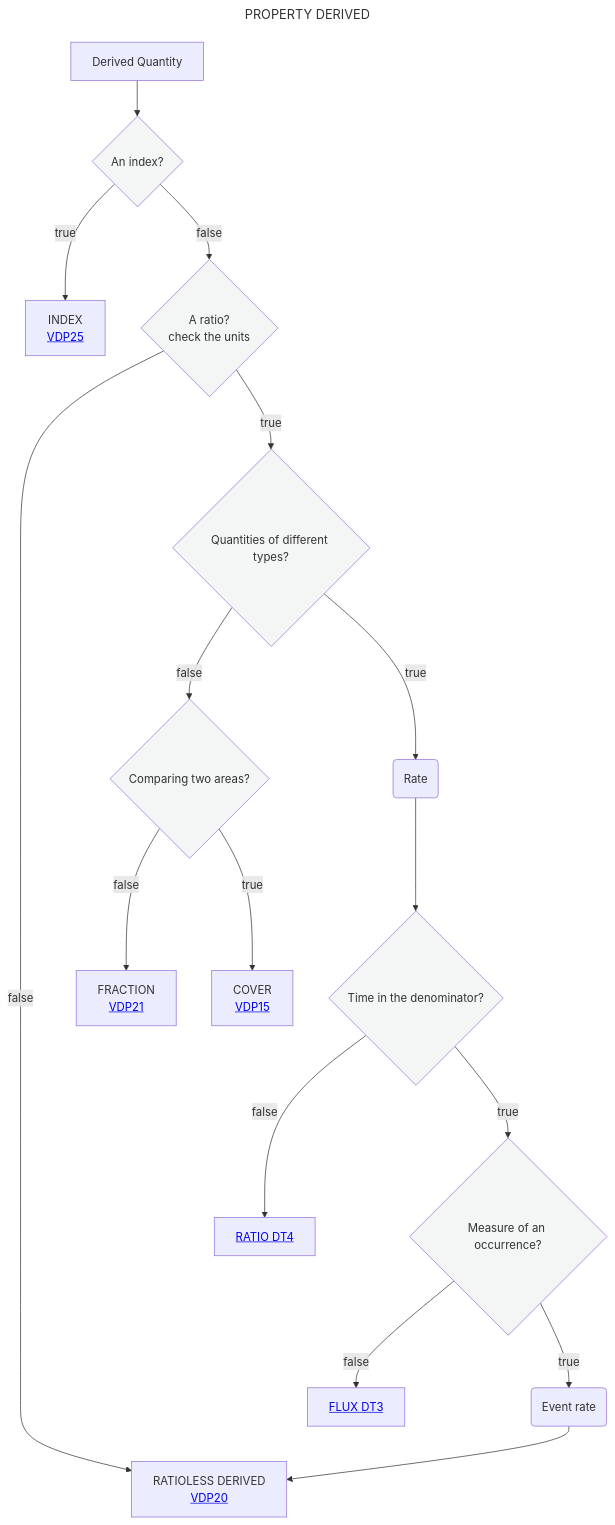
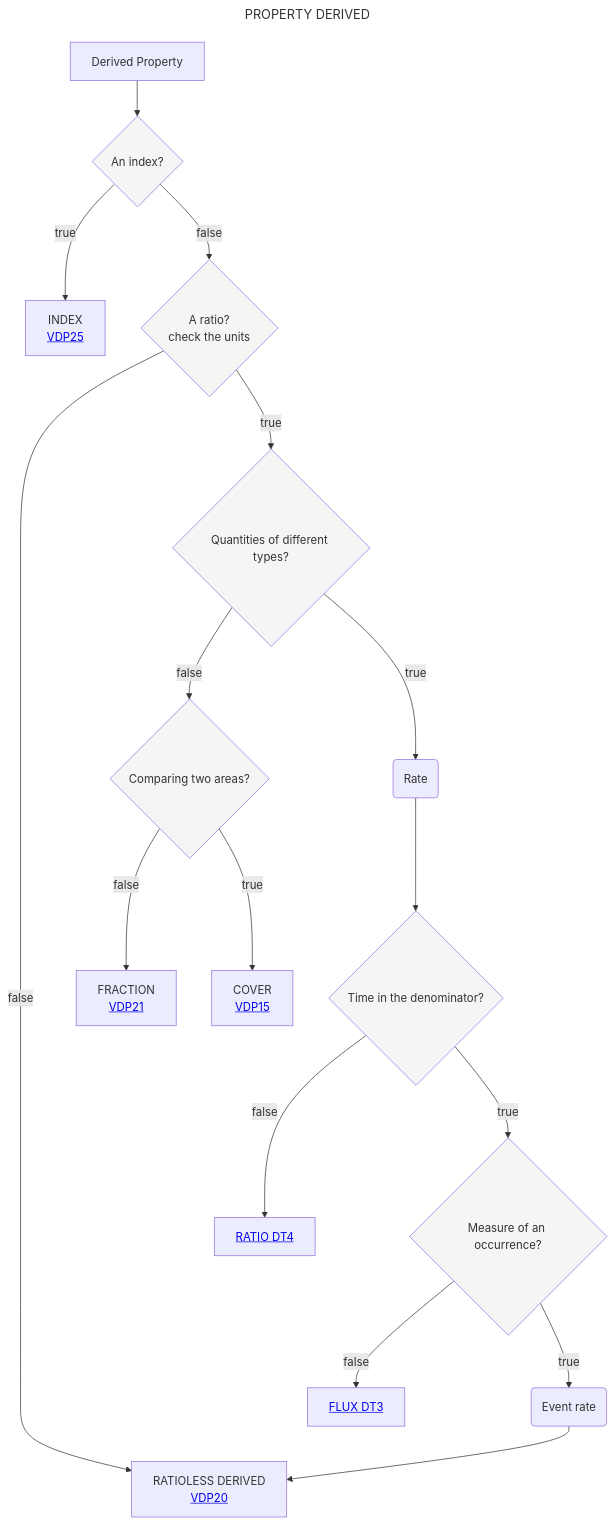
The diagram in Decisition_trees/DT2.mmd (mabablue/I-ADOPT-patterns-playground), drawn with Mermaid before and after one commit.

```diff
--- a/Decisition_trees/DT2.mmd
+++ b/Decisition_trees/DT2.mmd
@@ -1,23 +1,23 @@
 ---
 title: PROPERTY DERIVED
 ---
 flowchart TD
-    A[Derived Quantity] --> AB{An index?}:::white
+    A[Derived Property] --> AB{An index?}:::white
     AB --> |true|ABC[INDEX <br> <a href='https://github.com/mabablue/I-ADOPT-patterns-playground/blob/main/pattern/VDP25.yaml'>VDP25</a>]
     AB --> |false|B{A ratio?<br>check the units}:::white
     B --> |true|C{Quantities of different types?}:::white
     B --> |false|I[RATIOLESS DERIVED <br> <a href='https://github.com/mabablue/I-ADOPT-patterns-playground/blob/main/pattern/VDP28.yaml'>VDP20</a>]
     C --> |true|MN(Rate) 
     MN --> N{Time in the denominator?}:::white
     C --> |false|CD{Comparing two areas?}:::white
     CD --> |false|D[FRACTION <br> <a href='https://github.com/mabablue/I-ADOPT-patterns-playground/blob/main/pattern/VDP21.yaml'>VDP21</a>]
     CD --> |true|F[COVER <br> <a href='https://github.com/mabablue/I-ADOPT-patterns-playground/blob/main/pattern/VDP15.yaml'>VDP15</a>]
     N --> |true|E{Measure of an occurrence?}:::white
     N --> |false|O[<a href='https://github.com/mabablue/I-ADOPT-patterns-playground/blob/main/Decisition_trees/DT4.mmd'>RATIO DT4</a>]
     E --> |true|L(Event rate)
     E --> |false|K[<a href='https://github.com/mabablue/I-ADOPT-patterns-playground/blob/main/Decisition_trees/DT3.mmd'>FLUX DT3</a>]
     L --> I
    classDef blue fill:#90D5FF
    classDef satblue fill:#57B9FF 
    classDef white fill:#f3f6f4
    classDef green fill:#6aa84f
```
